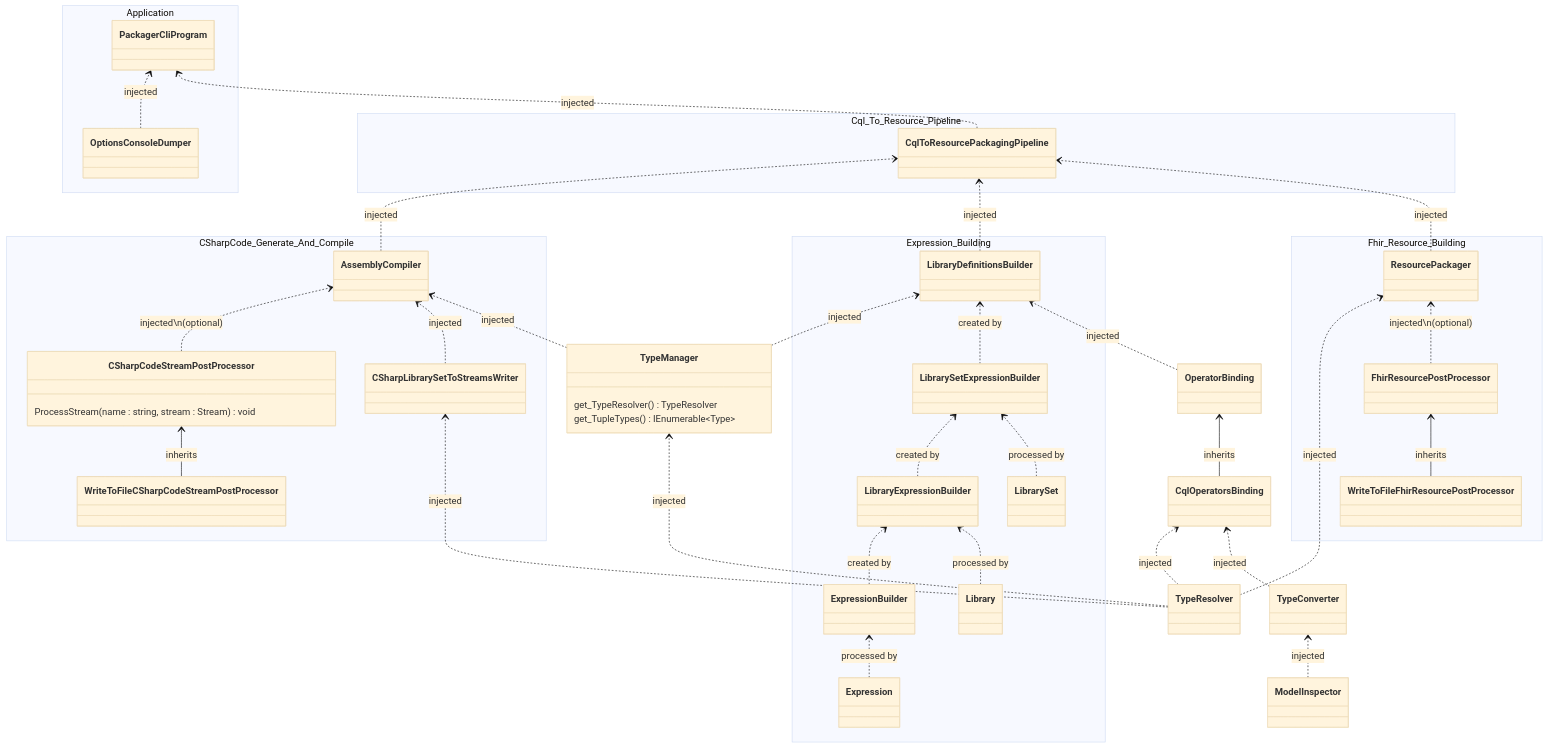
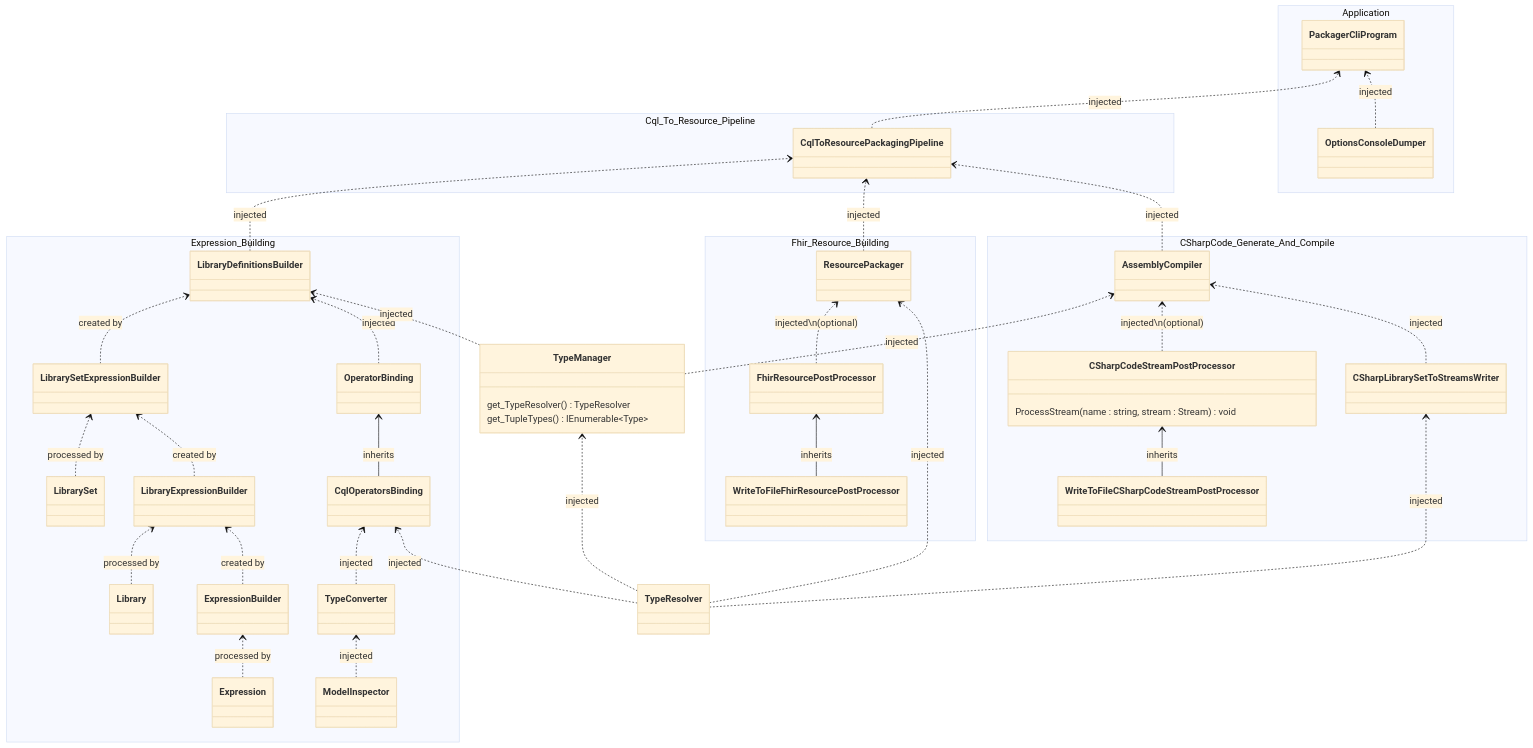
One commit to FirelyTeam/firely-cql-sdk changed the diagram in docs/packager-cli-dependency-graph.md. Above: the diagram before and after it, drawn with Mermaid (base theme). The commit also changed other lines of this file, not shown here.

Commit message:
update diagram

```diff
--- a/docs/packager-cli-dependency-graph.md
+++ b/docs/packager-cli-dependency-graph.md
@@ -46,6 +46,18 @@
         class LibraryDefinitionsBuilder {
 %%            ProcessLibrarySet(librarySet : LibrarySet) DefinitionDictionary<LambdaExpression>
         }
+
+        class OperatorBinding {
+        }
+
+        class CqlOperatorsBinding {
+        }
+
+        class TypeConverter {
+        }
+
+        class ModelInspector {
+        }
     }
 
     namespace Fhir_Resource_Building {
@@ -83,18 +95,6 @@
     
         class TypeResolver {
         }
-
-        class OperatorBinding {
-        }
-
-        class CqlOperatorsBinding {
-        }
-
-        class TypeConverter {
-        }
-
-        class ModelInspector {
-        }
 %%    }
 
     %% Inheritance  
@@ -130,9 +130,9 @@
 
     ModelInspector ..> TypeConverter : injected  
 
+    OperatorBinding ..> LibraryDefinitionsBuilder : injected
     TypeManager ..> LibraryDefinitionsBuilder : injected
     LibrarySetExpressionBuilder ..> LibraryDefinitionsBuilder : created by
-    OperatorBinding ..> LibraryDefinitionsBuilder : injected
 
     TypeResolver ..> TypeManager : injected
 
```
